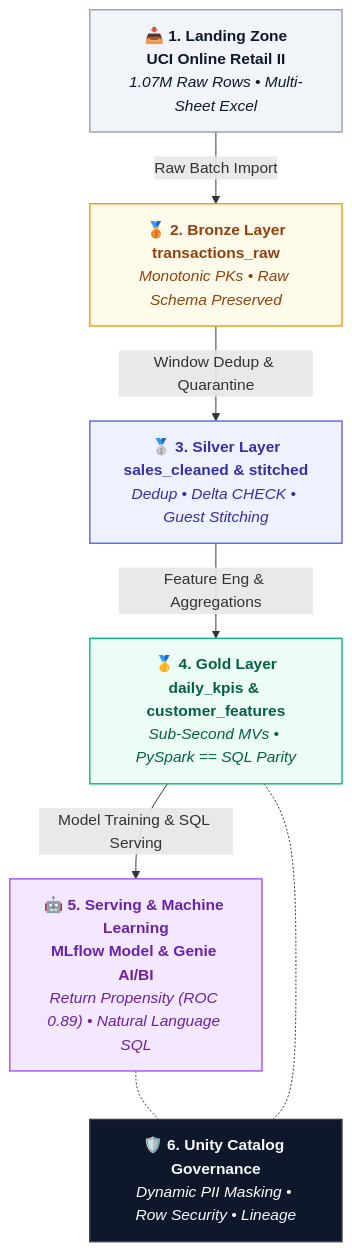
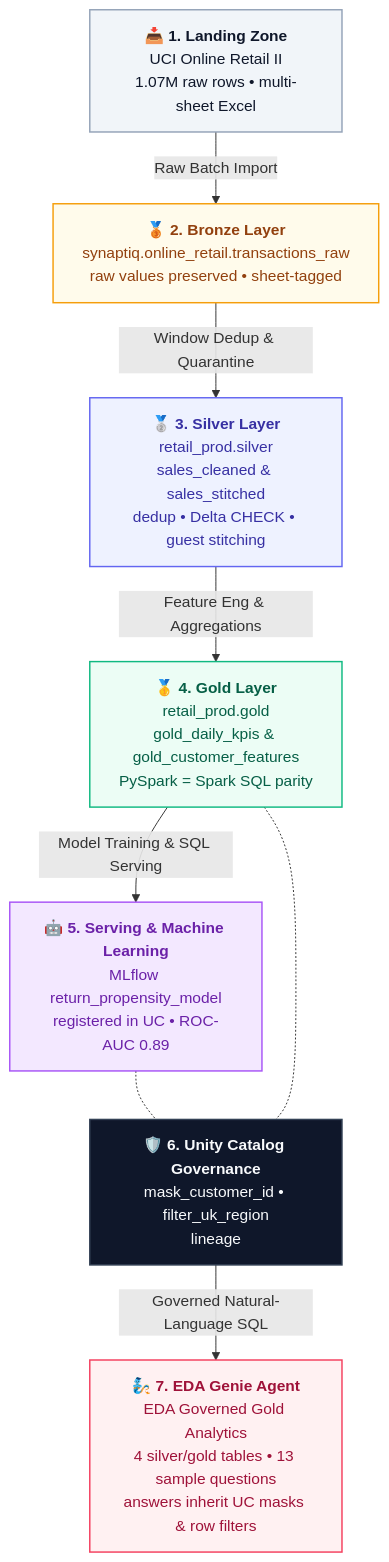
Before and after one commit to slysik/open-skills: the diagram in exercise-2/README.md, drawn with Mermaid. The commit also changed other lines of this file and 3 other files, not shown here.

````diff
--- a/exercise-2/README.md
+++ b/exercise-2/README.md
@@ -38,34 +46,34 @@
 ```mermaid
 graph TD
-    %% Tonal Palette Styling
     classDef source fill:#F1F5F9,stroke:#94A3B8,stroke-width:1.5px,color:#0F172A;
     classDef bronze fill:#FFFBEB,stroke:#F59E0B,stroke-width:1.5px,color:#92400E;
     classDef silver fill:#EEF2FF,stroke:#6366F1,stroke-width:1.5px,color:#3730A3;
     classDef gold fill:#ECFDF5,stroke:#10B981,stroke-width:1.5px,color:#065F46;
     classDef serving fill:#F3E8FF,stroke:#A855F7,stroke-width:1.5px,color:#6B21A8;
     classDef uc fill:#0F172A,stroke:#334155,stroke-width:1.5px,color:#F8FAFC;
+    classDef genie fill:#FFF1F2,stroke:#F43F5E,stroke-width:1.5px,color:#9F1239;
 
-    %% Pipeline Nodes
-    S["📥 <b>1. Landing Zone</b><br/><b>UCI Online Retail II</b><br/><i>1.07M Raw Rows • Multi-Sheet Excel</i>"]
-    B["🥉 <b>2. Bronze Layer</b><br/><b>transactions_raw</b><br/><i>Monotonic PKs • Raw Schema Preserved</i>"]
-    SLV["🥈 <b>3. Silver Layer</b><br/><b>sales_cleaned & stitched</b><br/><i>Dedup • Delta CHECK • Guest Stitching</i>"]
-    G["🥇 <b>4. Gold Layer</b><br/><b>daily_kpis & customer_features</b><br/><i>Sub-Second MVs • PySpark == SQL Parity</i>"]
-    SRV["🤖 <b>5. Serving & Machine Learning</b><br/><b>MLflow Model & Genie AI/BI</b><br/><i>Return Propensity (ROC 0.89) • Natural Language SQL</i>"]
-    UC["🛡️ <b>6. Unity Catalog Governance</b><br/><i>Dynamic PII Masking • Row Security • Lineage</i>"]
+    S["📥 <b>1. Landing Zone</b><br/>UCI Online Retail II<br/>1.07M raw rows • multi-sheet Excel"]
+    B["🥉 <b>2. Bronze Layer</b><br/>synaptiq.online_retail.transactions_raw<br/>raw values preserved • sheet-tagged"]
+    SLV["🥈 <b>3. Silver Layer</b><br/>retail_prod.silver<br/>sales_cleaned & sales_stitched<br/>dedup • Delta CHECK • guest stitching"]
+    G["🥇 <b>4. Gold Layer</b><br/>retail_prod.gold<br/>gold_daily_kpis & gold_customer_features<br/>PySpark = Spark SQL parity"]
+    SRV["🤖 <b>5. Serving & Machine Learning</b><br/>MLflow return_propensity_model<br/>registered in UC • ROC-AUC 0.89"]
+    UC["🛡️ <b>6. Unity Catalog Governance</b><br/>mask_customer_id • filter_uk_region<br/>lineage"]
+    GN["🧞 <b>7. EDA Genie Agent</b><br/>EDA Governed Gold Analytics<br/>4 silver/gold tables • 13 sample questions<br/>answers inherit UC masks & row filters"]
 
-    %% Data Flow
     S -->|Raw Batch Import| B
     B -->|Window Dedup & Quarantine| SLV
     SLV -->|Feature Eng & Aggregations| G
     G -->|Model Training & SQL Serving| SRV
     SRV -.- UC
     G -.- UC
+    UC -->|Governed Natural-Language SQL| GN
 
-    %% Styling Assignments
     class S source;
     class B bronze;
     class SLV silver;
     class G gold;
     class SRV serving;
     class UC uc;
+    class GN genie;
 ```
````
